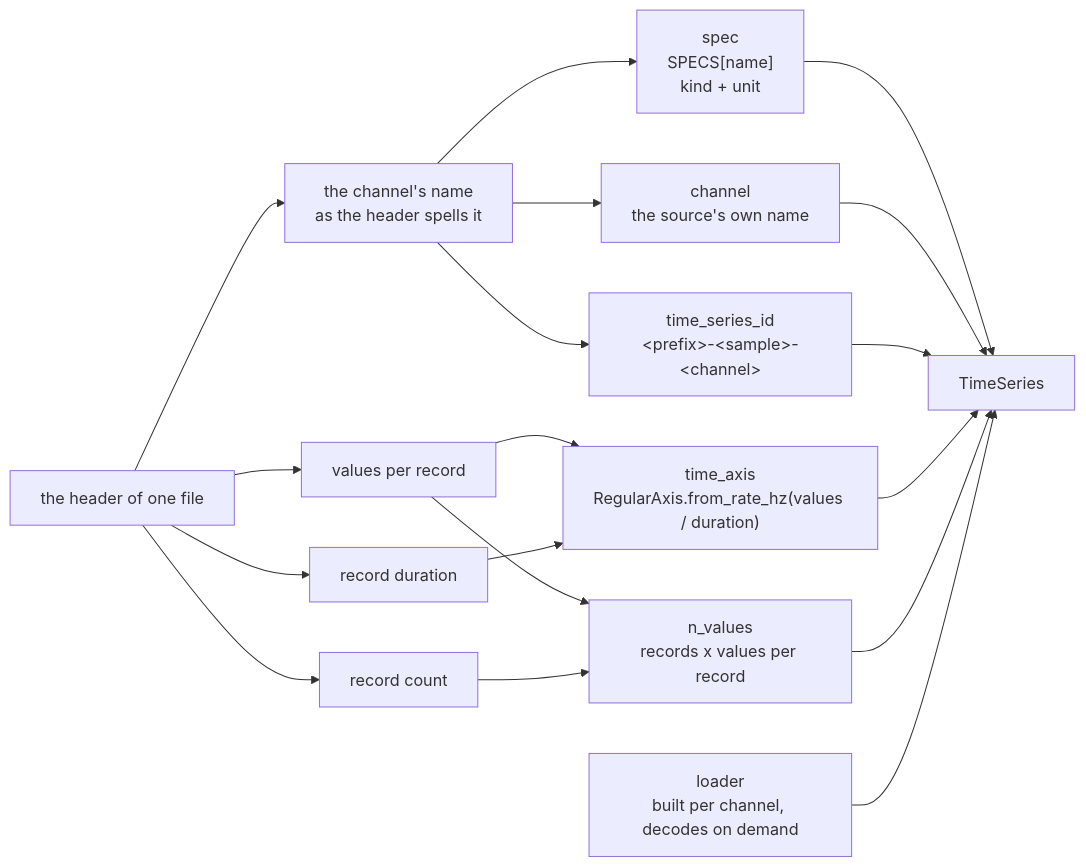
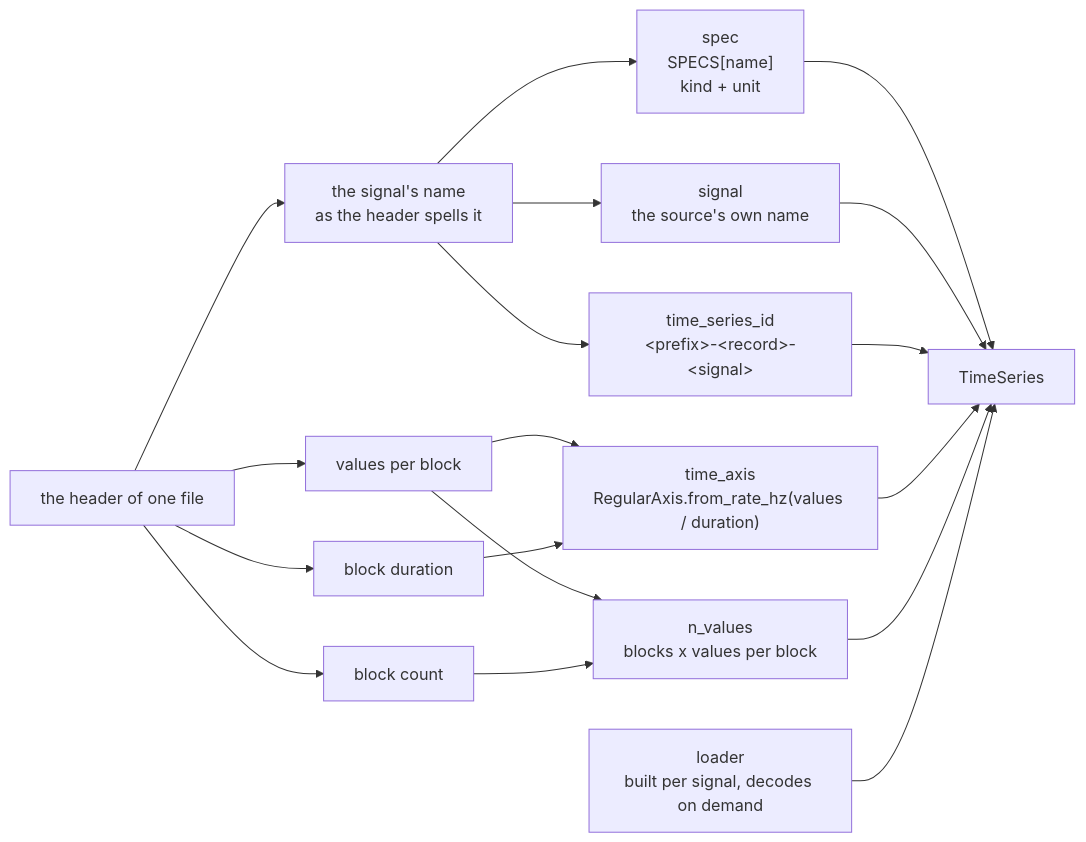
Before and after one commit to OpenTSLM/TimeNet: the diagram in .agents/skills/add-dataset-connector/references/layout.md, drawn with Mermaid. The commit also changed other lines of this file and 7 other files, not shown here.

First line of the commit message:
docs(connectors)!: use Record and signal, not Sample and channel

````diff
--- a/.agents/skills/add-dataset-connector/references/layout.md
+++ b/.agents/skills/add-dataset-connector/references/layout.md
@@ -172,25 +172,25 @@
 ```mermaid
 flowchart LR
     hdr["the header of one file"]
-    nm["the channel's name<br/>as the header spells it"]
-    ct["values per record"]
-    du["record duration"]
-    nr["record count"]
+    nm["the signal's name<br/>as the header spells it"]
+    ct["values per block"]
+    du["block duration"]
+    nr["block count"]
     hdr --> nm
     hdr --> ct
     hdr --> du
     hdr --> nr
     nm --> sp["spec<br/>SPECS[name]<br/>kind + unit"]
-    nm --> ch["channel<br/>the source's own name"]
-    nm --> id["time_series_id<br/>&lt;prefix&gt;-&lt;sample&gt;-&lt;channel&gt;"]
+    nm --> ch["signal<br/>the source's own name"]
+    nm --> id["time_series_id<br/>&lt;prefix&gt;-&lt;record&gt;-&lt;signal&gt;"]
     ct --> ax["time_axis<br/>RegularAxis.from_rate_hz(values / duration)"]
     du --> ax
-    ct --> nv["n_values<br/>records x values per record"]
+    ct --> nv["n_values<br/>blocks x values per block"]
     nr --> nv
     sp --> ts["TimeSeries"]
     ch --> ts
     id --> ts
     ax --> ts
     nv --> ts
-    ld["loader<br/>built per channel, decodes on demand"] --> ts
+    ld["loader<br/>built per signal, decodes on demand"] --> ts
 ```
````
